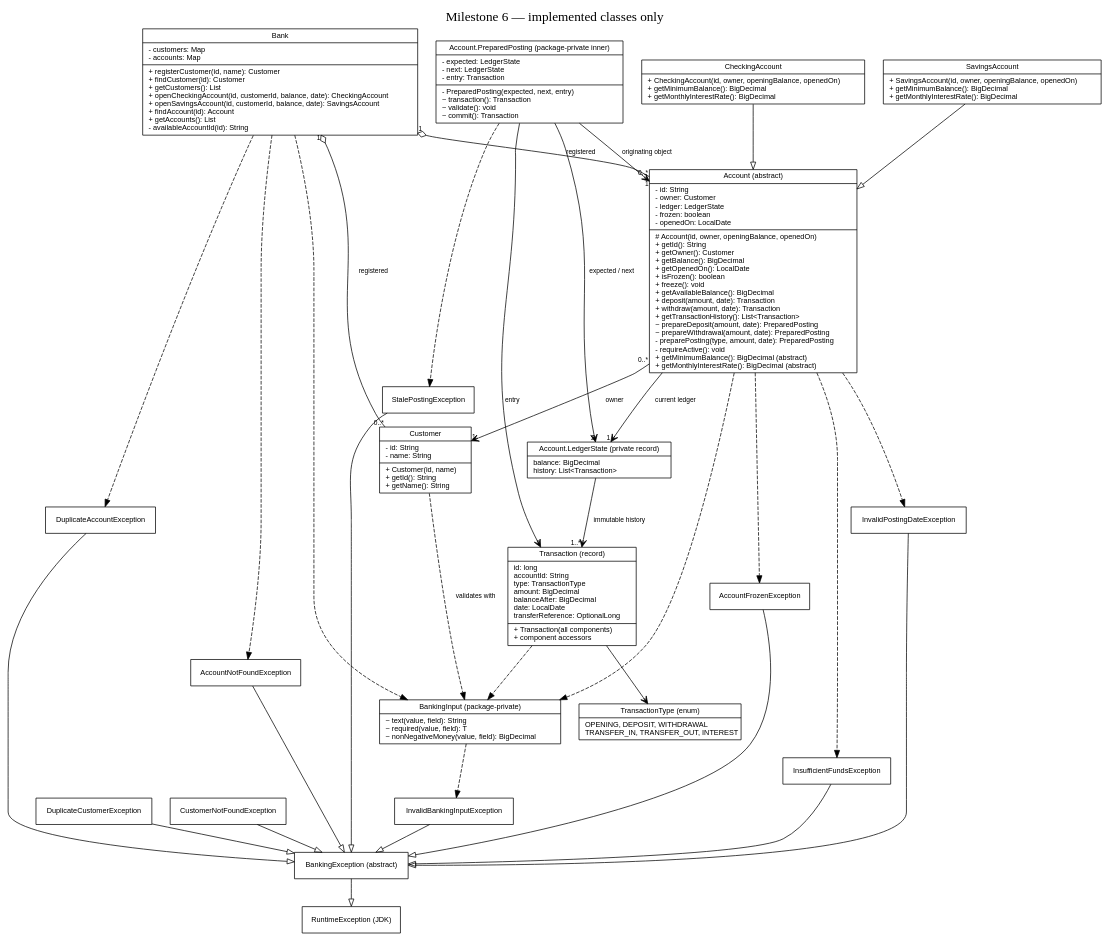
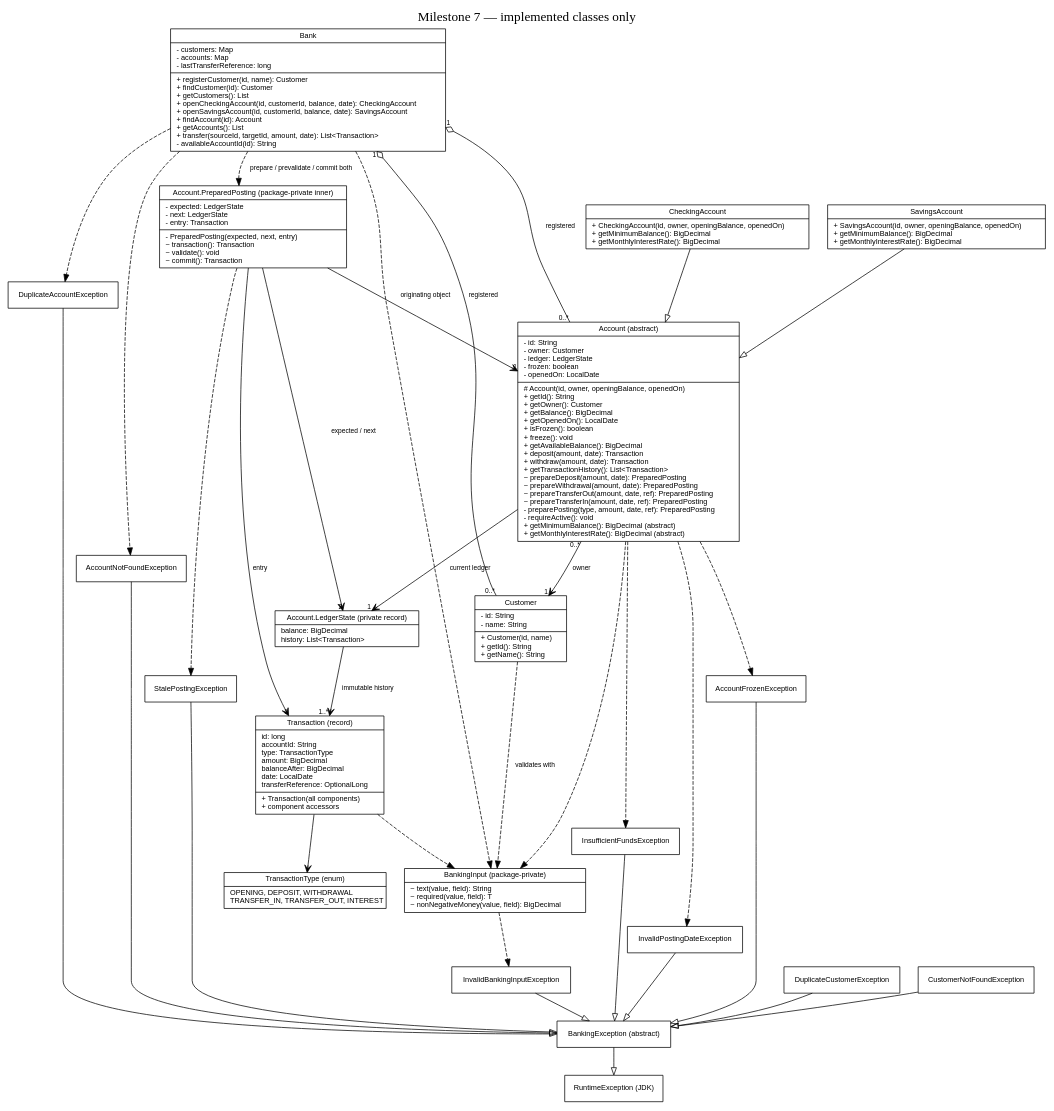
The diagram in docs/current-uml.dot (Mo3azGad/banking-management-system), drawn with Graphviz before and after one commit. The commit also changed 14 other files, not shown here.

Commit message:
Coordinate atomic bank transfers with linked transaction history

```diff
--- a/docs/current-uml.dot
+++ b/docs/current-uml.dot
@@ -1,58 +1,59 @@
 digraph Current {
- graph [rankdir=TB, label="Milestone 6 — implemented classes only", labelloc=t, fontsize=18, bgcolor="white", nodesep=0.35];
+ graph [rankdir=TB, label="Milestone 7 — implemented classes only", labelloc=t, fontsize=18, bgcolor="white", nodesep=0.35];
  node [shape=record, fontname="Helvetica", fontsize=10];
  edge [fontname="Helvetica", fontsize=9];
- Bank [label="{Bank|- customers: Map\l- accounts: Map\l|+ registerCustomer(id, name): Customer\l+ findCustomer(id): Customer\l+ getCustomers(): List\l+ openCheckingAccount(id, customerId, balance, date): CheckingAccount\l+ openSavingsAccount(id, customerId, balance, date): SavingsAccount\l+ findAccount(id): Account\l+ getAccounts(): List\l- availableAccountId(id): String\l}"];
+ Bank [label="{Bank|- customers: Map\l- accounts: Map\l- lastTransferReference: long\l|+ registerCustomer(id, name): Customer\l+ findCustomer(id): Customer\l+ getCustomers(): List\l+ openCheckingAccount(id, customerId, balance, date): CheckingAccount\l+ openSavingsAccount(id, customerId, balance, date): SavingsAccount\l+ findAccount(id): Account\l+ getAccounts(): List\l+ transfer(sourceId, targetId, amount, date): List\<Transaction\>\l- availableAccountId(id): String\l}"];
  Customer [label="{Customer|- id: String\l- name: String\l|+ Customer(id, name)\l+ getId(): String\l+ getName(): String\l}"];
- Account [label="{Account (abstract)|- id: String\l- owner: Customer\l- ledger: LedgerState\l- frozen: boolean\l- openedOn: LocalDate\l|# Account(id, owner, openingBalance, openedOn)\l+ getId(): String\l+ getOwner(): Customer\l+ getBalance(): BigDecimal\l+ getOpenedOn(): LocalDate\l+ isFrozen(): boolean\l+ freeze(): void\l+ getAvailableBalance(): BigDecimal\l+ deposit(amount, date): Transaction\l+ withdraw(amount, date): Transaction\l+ getTransactionHistory(): List\<Transaction\>\l~ prepareDeposit(amount, date): PreparedPosting\l~ prepareWithdrawal(amount, date): PreparedPosting\l- preparePosting(type, amount, date): PreparedPosting\l- requireActive(): void\l+ getMinimumBalance(): BigDecimal (abstract)\l+ getMonthlyInterestRate(): BigDecimal (abstract)\l}"];
+ Account [label="{Account (abstract)|- id: String\l- owner: Customer\l- ledger: LedgerState\l- frozen: boolean\l- openedOn: LocalDate\l|# Account(id, owner, openingBalance, openedOn)\l+ getId(): String\l+ getOwner(): Customer\l+ getBalance(): BigDecimal\l+ getOpenedOn(): LocalDate\l+ isFrozen(): boolean\l+ freeze(): void\l+ getAvailableBalance(): BigDecimal\l+ deposit(amount, date): Transaction\l+ withdraw(amount, date): Transaction\l+ getTransactionHistory(): List\<Transaction\>\l~ prepareDeposit(amount, date): PreparedPosting\l~ prepareWithdrawal(amount, date): PreparedPosting\l~ prepareTransferOut(amount, date, ref): PreparedPosting\l~ prepareTransferIn(amount, date, ref): PreparedPosting\l- preparePosting(type, amount, date, ref): PreparedPosting\l- requireActive(): void\l+ getMinimumBalance(): BigDecimal (abstract)\l+ getMonthlyInterestRate(): BigDecimal (abstract)\l}"];
  CheckingAccount [label="{CheckingAccount|+ CheckingAccount(id, owner, openingBalance, openedOn)\l+ getMinimumBalance(): BigDecimal\l+ getMonthlyInterestRate(): BigDecimal\l}"];
  SavingsAccount [label="{SavingsAccount|+ SavingsAccount(id, owner, openingBalance, openedOn)\l+ getMinimumBalance(): BigDecimal\l+ getMonthlyInterestRate(): BigDecimal\l}"];
  Transaction [label="{Transaction (record)|id: long\laccountId: String\ltype: TransactionType\lamount: BigDecimal\lbalanceAfter: BigDecimal\ldate: LocalDate\ltransferReference: OptionalLong\l|+ Transaction(all components)\l+ component accessors\l}"];
  TransactionType [label="{TransactionType (enum)|OPENING, DEPOSIT, WITHDRAWAL\lTRANSFER_IN, TRANSFER_OUT, INTEREST\l}"];
  BankingInput [label="{BankingInput (package-private)|~ text(value, field): String\l~ required(value, field): T\l~ nonNegativeMoney(value, field): BigDecimal\l}"];
  BankingException [label="BankingException (abstract)"];
  InvalidBankingInputException [label="InvalidBankingInputException"];
  DuplicateCustomerException [label="DuplicateCustomerException"];
  CustomerNotFoundException [label="CustomerNotFoundException"];
  InsufficientFundsException [label="InsufficientFundsException"];
  InvalidPostingDateException [label="InvalidPostingDateException"];
  DuplicateAccountException [label="DuplicateAccountException"];
  AccountNotFoundException [label="AccountNotFoundException"];
  AccountFrozenException [label="AccountFrozenException"];
  LedgerState [label="{Account.LedgerState (private record)|balance: BigDecimal\l history: List\<Transaction\>\l}"];
  PreparedPosting [label="{Account.PreparedPosting (package-private inner)|- expected: LedgerState\l- next: LedgerState\l- entry: Transaction\l|- PreparedPosting(expected, next, entry)\l~ transaction(): Transaction\l~ validate(): void\l~ commit(): Transaction\l}"];
  StalePostingException [label="StalePostingException"];
  RuntimeException [label="RuntimeException (JDK)"];
  Bank -> Customer [arrowhead=none, arrowtail=odiamond, dir=both, taillabel="1", headlabel="0..*", label="registered"];
  Bank -> Account [arrowhead=none, arrowtail=odiamond, dir=both, taillabel="1", headlabel="0..*", label="registered"];
  Account -> Customer [arrowhead=vee, taillabel="0..*", headlabel="1", label="owner"];
  CheckingAccount -> Account [arrowhead=empty];
  SavingsAccount -> Account [arrowhead=empty];
  Account -> LedgerState [arrowhead=vee, headlabel="1", label="current ledger"];
  LedgerState -> Transaction [arrowhead=vee, headlabel="1..*", label="immutable history"];
+ Bank -> PreparedPosting [style=dashed, label="prepare / prevalidate / commit both"];
  PreparedPosting -> Account [arrowhead=vee, headlabel="1", label="originating object"];
  PreparedPosting -> LedgerState [arrowhead=vee, headlabel="2", label="expected / next"];
  PreparedPosting -> Transaction [arrowhead=vee, headlabel="1", label="entry"];
  PreparedPosting -> StalePostingException [style=dashed];
  Transaction -> TransactionType [arrowhead=vee];
  Customer -> BankingInput [style=dashed, label="validates with"];
  Bank -> BankingInput [style=dashed];
  Account -> BankingInput [style=dashed];
  Transaction -> BankingInput [style=dashed];
  InvalidBankingInputException -> BankingException [arrowhead=empty];
  DuplicateCustomerException -> BankingException [arrowhead=empty];
  CustomerNotFoundException -> BankingException [arrowhead=empty];
  InsufficientFundsException -> BankingException [arrowhead=empty];
  InvalidPostingDateException -> BankingException [arrowhead=empty];
  Account -> InsufficientFundsException [style=dashed];
  Account -> InvalidPostingDateException [style=dashed];
  DuplicateAccountException -> BankingException [arrowhead=empty];
  AccountNotFoundException -> BankingException [arrowhead=empty];
  Bank -> DuplicateAccountException [style=dashed];
  Bank -> AccountNotFoundException [style=dashed];
  AccountFrozenException -> BankingException [arrowhead=empty];
  Account -> AccountFrozenException [style=dashed];
  StalePostingException -> BankingException [arrowhead=empty];
  BankingException -> RuntimeException [arrowhead=empty];
  BankingInput -> InvalidBankingInputException [style=dashed];
 }
```
